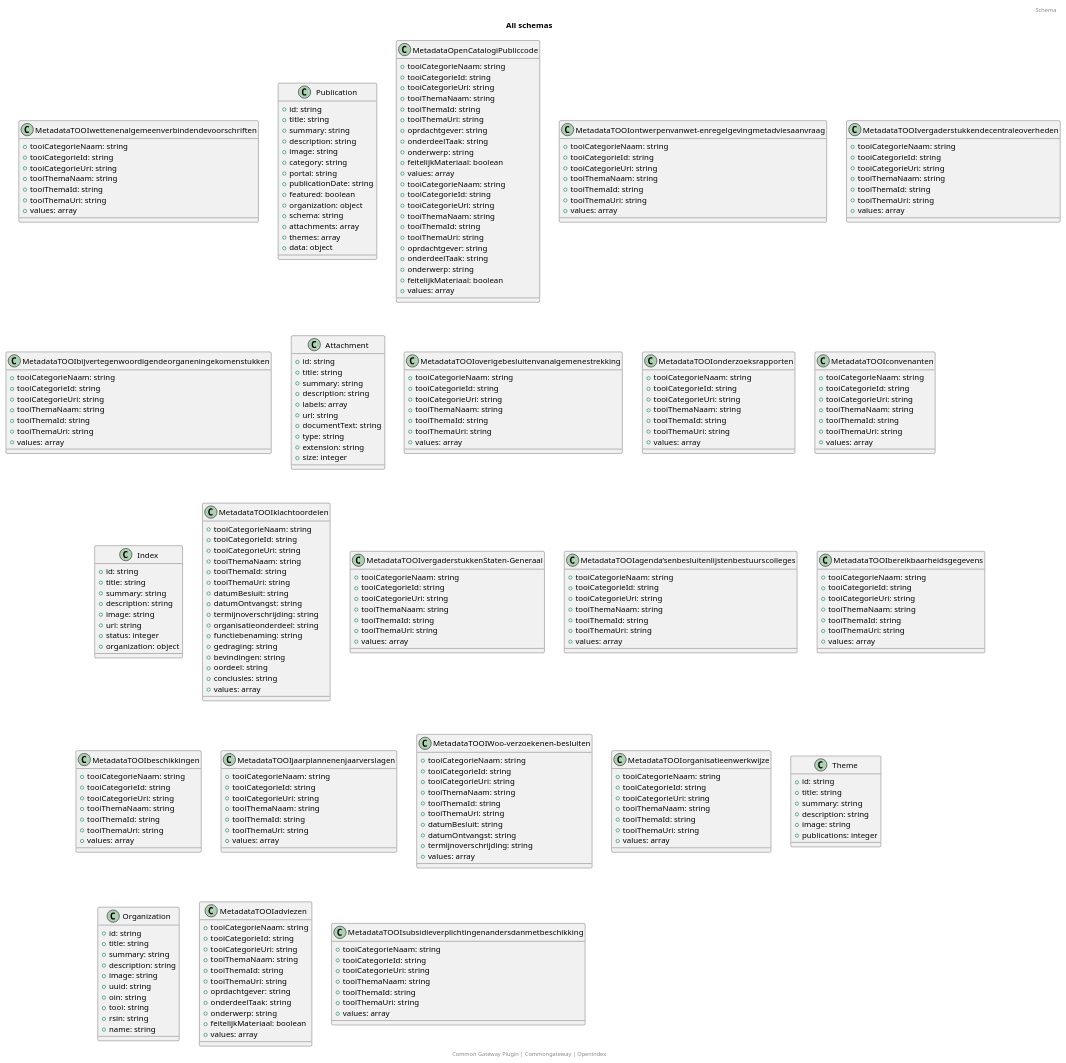
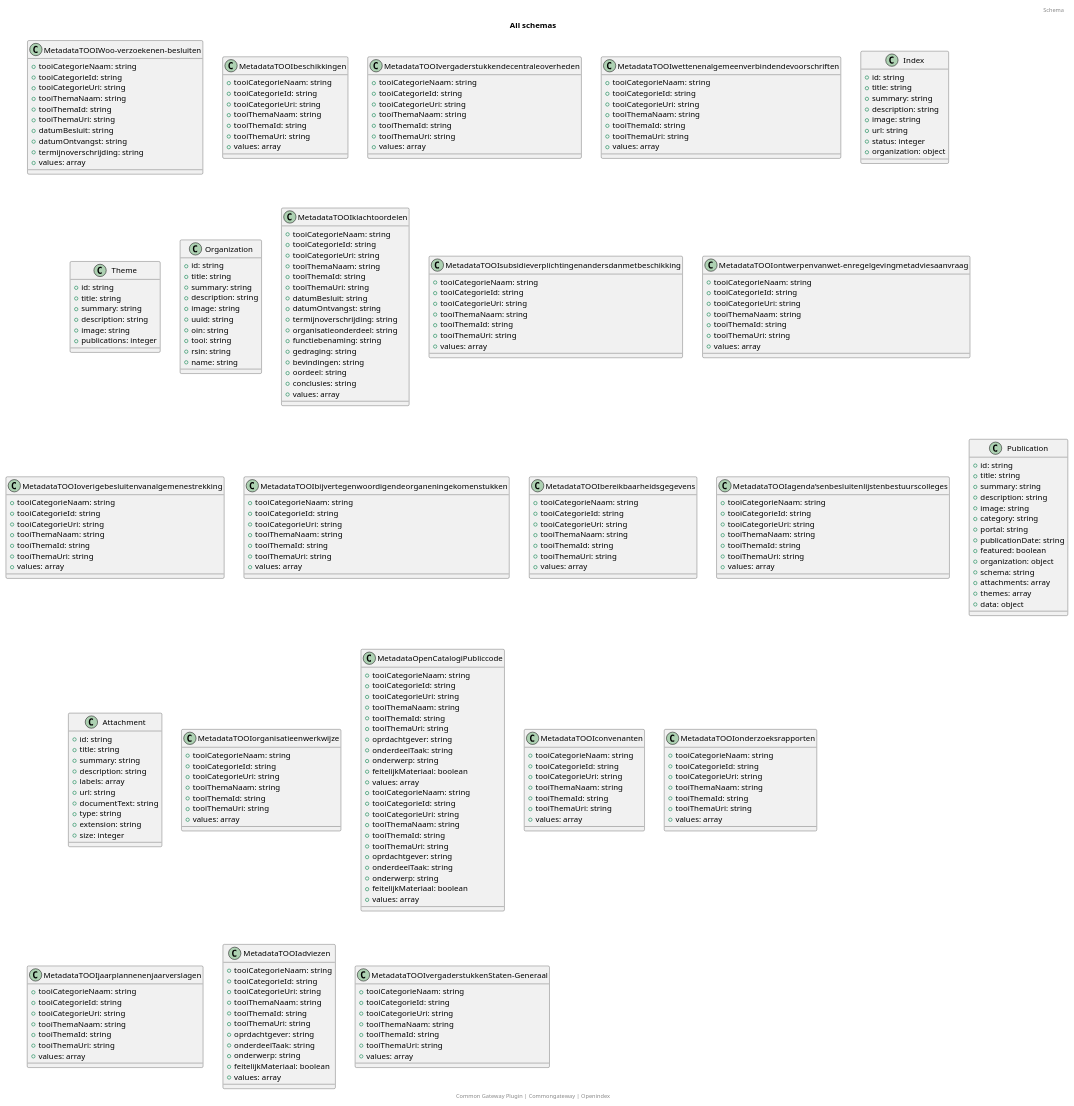
The diagram in docs/schema/all_schema_classes.puml (CommonGateway/OpenIndex), drawn with PlantUML before and after one commit. The commit also changed other lines of this file and 1 other file, not shown here.

```diff
--- a/docs/schema/all_schema_classes.puml
+++ b/docs/schema/all_schema_classes.puml
@@ -2,7 +2,139 @@
 title: All schemas
 footer: Common Gateway Plugin | Commongateway | Openindex 
 header: Schema
+class MetadataTOOIWoo-verzoekenen-besluiten {
+  + tooiCategorieNaam: string
+  + tooiCategorieId: string
+  + tooiCategorieUri: string
+  + tooiThemaNaam: string
+  + tooiThemaId: string
+  + tooiThemaUri: string
+  + datumBesluit: string
+  + datumOntvangst: string
+  + termijnoverschrijding: string
+  + values: array
+}
+class MetadataTOOIbeschikkingen {
+  + tooiCategorieNaam: string
+  + tooiCategorieId: string
+  + tooiCategorieUri: string
+  + tooiThemaNaam: string
+  + tooiThemaId: string
+  + tooiThemaUri: string
+  + values: array
+}
+class MetadataTOOIvergaderstukkendecentraleoverheden {
+  + tooiCategorieNaam: string
+  + tooiCategorieId: string
+  + tooiCategorieUri: string
+  + tooiThemaNaam: string
+  + tooiThemaId: string
+  + tooiThemaUri: string
+  + values: array
+}
 class MetadataTOOIwettenenalgemeenverbindendevoorschriften {
+  + tooiCategorieNaam: string
+  + tooiCategorieId: string
+  + tooiCategorieUri: string
+  + tooiThemaNaam: string
+  + tooiThemaId: string
+  + tooiThemaUri: string
+  + values: array
+}
+class Index {
+  + id: string
+  + title: string
+  + summary: string
+  + description: string
+  + image: string
+  + url: string
+  + status: integer
+  + organization: object
+}
+class Theme {
+  + id: string
+  + title: string
+  + summary: string
+  + description: string
+  + image: string
+  + publications: integer
+}
+class Organization {
+  + id: string
+  + title: string
+  + summary: string
+  + description: string
+  + image: string
+  + uuid: string
+  + oin: string
+  + tooi: string
+  + rsin: string
+  + name: string
+}
+class MetadataTOOIklachtoordelen {
+  + tooiCategorieNaam: string
+  + tooiCategorieId: string
+  + tooiCategorieUri: string
+  + tooiThemaNaam: string
+  + tooiThemaId: string
+  + tooiThemaUri: string
+  + datumBesluit: string
+  + datumOntvangst: string
+  + termijnoverschrijding: string
+  + organisatieonderdeel: string
+  + functiebenaming: string
+  + gedraging: string
+  + bevindingen: string
+  + oordeel: string
+  + conclusies: string
+  + values: array
+}
+class MetadataTOOIsubsidieverplichtingenandersdanmetbeschikking {
+  + tooiCategorieNaam: string
+  + tooiCategorieId: string
+  + tooiCategorieUri: string
+  + tooiThemaNaam: string
+  + tooiThemaId: string
+  + tooiThemaUri: string
+  + values: array
+}
+class MetadataTOOIontwerpenvanwet-enregelgevingmetadviesaanvraag {
+  + tooiCategorieNaam: string
+  + tooiCategorieId: string
+  + tooiCategorieUri: string
+  + tooiThemaNaam: string
+  + tooiThemaId: string
+  + tooiThemaUri: string
+  + values: array
+}
+class MetadataTOOIoverigebesluitenvanalgemenestrekking {
+  + tooiCategorieNaam: string
+  + tooiCategorieId: string
+  + tooiCategorieUri: string
+  + tooiThemaNaam: string
+  + tooiThemaId: string
+  + tooiThemaUri: string
+  + values: array
+}
+class MetadataTOOIbijvertegenwoordigendeorganeningekomenstukken {
+  + tooiCategorieNaam: string
+  + tooiCategorieId: string
+  + tooiCategorieUri: string
+  + tooiThemaNaam: string
+  + tooiThemaId: string
+  + tooiThemaUri: string
+  + values: array
+}
+class MetadataTOOIbereikbaarheidsgegevens {
+  + tooiCategorieNaam: string
+  + tooiCategorieId: string
+  + tooiCategorieUri: string
+  + tooiThemaNaam: string
+  + tooiThemaId: string
+  + tooiThemaUri: string
+  + values: array
+}
+class MetadataTOOIagenda’senbesluitenlijstenbestuurscolleges {
   + tooiCategorieNaam: string
   + tooiCategorieId: string
   + tooiCategorieUri: string
@@ -27,46 +159,6 @@
   + themes: array
   + data: object
 }
-class MetadataOpenCatalogiPubliccode {
-  + tooiCategorieNaam: string
-  + tooiCategorieId: string
-  + tooiCategorieUri: string
-  + tooiThemaNaam: string
-  + tooiThemaId: string
-  + tooiThemaUri: string
-  + oprdachtgever: string
-  + onderdeelTaak: string
-  + onderwerp: string
-  + feitelijkMateriaal: boolean
-  + values: array
-}
-class MetadataTOOIontwerpenvanwet-enregelgevingmetadviesaanvraag {
-  + tooiCategorieNaam: string
-  + tooiCategorieId: string
-  + tooiCategorieUri: string
-  + tooiThemaNaam: string
-  + tooiThemaId: string
-  + tooiThemaUri: string
-  + values: array
-}
-class MetadataTOOIvergaderstukkendecentraleoverheden {
-  + tooiCategorieNaam: string
-  + tooiCategorieId: string
-  + tooiCategorieUri: string
-  + tooiThemaNaam: string
-  + tooiThemaId: string
-  + tooiThemaUri: string
-  + values: array
-}
-class MetadataTOOIbijvertegenwoordigendeorganeningekomenstukken {
-  + tooiCategorieNaam: string
-  + tooiCategorieId: string
-  + tooiCategorieUri: string
-  + tooiThemaNaam: string
-  + tooiThemaId: string
-  + tooiThemaUri: string
-  + values: array
-}
 class Attachment {
   + id: string
   + title: string
@@ -78,6 +170,15 @@
   + type: string
   + extension: string
   + size: integer
+}
+class MetadataTOOIorganisatieenwerkwijze {
+  + tooiCategorieNaam: string
+  + tooiCategorieId: string
+  + tooiCategorieUri: string
+  + tooiThemaNaam: string
+  + tooiThemaId: string
+  + tooiThemaUri: string
+  + values: array
 }
 class MetadataOpenCatalogiPubliccode {
   + tooiCategorieNaam: string
@@ -92,7 +193,7 @@
   + feitelijkMateriaal: boolean
   + values: array
 }
-class MetadataTOOIoverigebesluitenvanalgemenestrekking {
+class MetadataTOOIconvenanten {
   + tooiCategorieNaam: string
   + tooiCategorieId: string
   + tooiCategorieUri: string
@@ -110,79 +211,6 @@
   + tooiThemaUri: string
   + values: array
 }
-class MetadataTOOIconvenanten {
-  + tooiCategorieNaam: string
-  + tooiCategorieId: string
-  + tooiCategorieUri: string
-  + tooiThemaNaam: string
-  + tooiThemaId: string
-  + tooiThemaUri: string
-  + values: array
-}
-class Index {
-  + id: string
-  + title: string
-  + summary: string
-  + description: string
-  + image: string
-  + url: string
-  + status: integer
-  + organization: object
-}
-class MetadataTOOIklachtoordelen {
-  + tooiCategorieNaam: string
-  + tooiCategorieId: string
-  + tooiCategorieUri: string
-  + tooiThemaNaam: string
-  + tooiThemaId: string
-  + tooiThemaUri: string
-  + datumBesluit: string
-  + datumOntvangst: string
-  + termijnoverschrijding: string
-  + organisatieonderdeel: string
-  + functiebenaming: string
-  + gedraging: string
-  + bevindingen: string
-  + oordeel: string
-  + conclusies: string
-  + values: array
-}
-class MetadataTOOIvergaderstukkenStaten-Generaal {
-  + tooiCategorieNaam: string
-  + tooiCategorieId: string
-  + tooiCategorieUri: string
-  + tooiThemaNaam: string
-  + tooiThemaId: string
-  + tooiThemaUri: string
-  + values: array
-}
-class MetadataTOOIagenda’senbesluitenlijstenbestuurscolleges {
-  + tooiCategorieNaam: string
-  + tooiCategorieId: string
-  + tooiCategorieUri: string
-  + tooiThemaNaam: string
-  + tooiThemaId: string
-  + tooiThemaUri: string
-  + values: array
-}
-class MetadataTOOIbereikbaarheidsgegevens {
-  + tooiCategorieNaam: string
-  + tooiCategorieId: string
-  + tooiCategorieUri: string
-  + tooiThemaNaam: string
-  + tooiThemaId: string
-  + tooiThemaUri: string
-  + values: array
-}
-class MetadataTOOIbeschikkingen {
-  + tooiCategorieNaam: string
-  + tooiCategorieId: string
-  + tooiCategorieUri: string
-  + tooiThemaNaam: string
-  + tooiThemaId: string
-  + tooiThemaUri: string
-  + values: array
-}
 class MetadataTOOIjaarplannenenjaarverslagen {
   + tooiCategorieNaam: string
   + tooiCategorieId: string
@@ -191,47 +219,6 @@
   + tooiThemaId: string
   + tooiThemaUri: string
   + values: array
-}
-class MetadataTOOIWoo-verzoekenen-besluiten {
-  + tooiCategorieNaam: string
-  + tooiCategorieId: string
-  + tooiCategorieUri: string
-  + tooiThemaNaam: string
-  + tooiThemaId: string
-  + tooiThemaUri: string
-  + datumBesluit: string
-  + datumOntvangst: string
-  + termijnoverschrijding: string
-  + values: array
-}
-class MetadataTOOIorganisatieenwerkwijze {
-  + tooiCategorieNaam: string
-  + tooiCategorieId: string
-  + tooiCategorieUri: string
-  + tooiThemaNaam: string
-  + tooiThemaId: string
-  + tooiThemaUri: string
-  + values: array
-}
-class Theme {
-  + id: string
-  + title: string
-  + summary: string
-  + description: string
-  + image: string
-  + publications: integer
-}
-class Organization {
-  + id: string
-  + title: string
-  + summary: string
-  + description: string
-  + image: string
-  + uuid: string
-  + oin: string
-  + tooi: string
-  + rsin: string
-  + name: string
 }
 class MetadataTOOIadviezen {
   + tooiCategorieNaam: string
@@ -246,7 +233,20 @@
   + feitelijkMateriaal: boolean
   + values: array
 }
-class MetadataTOOIsubsidieverplichtingenandersdanmetbeschikking {
+class MetadataOpenCatalogiPubliccode {
+  + tooiCategorieNaam: string
+  + tooiCategorieId: string
+  + tooiCategorieUri: string
+  + tooiThemaNaam: string
+  + tooiThemaId: string
+  + tooiThemaUri: string
+  + oprdachtgever: string
+  + onderdeelTaak: string
+  + onderwerp: string
+  + feitelijkMateriaal: boolean
+  + values: array
+}
+class MetadataTOOIvergaderstukkenStaten-Generaal {
   + tooiCategorieNaam: string
   + tooiCategorieId: string
   + tooiCategorieUri: string
```
